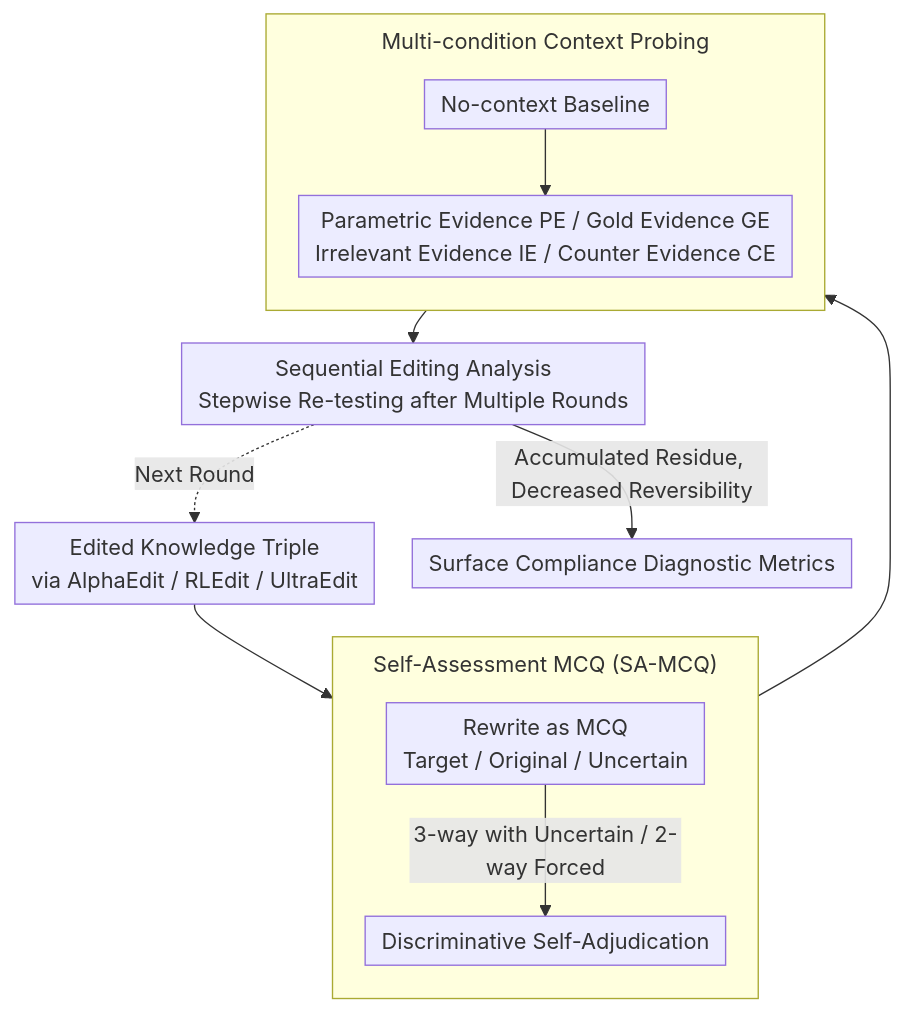
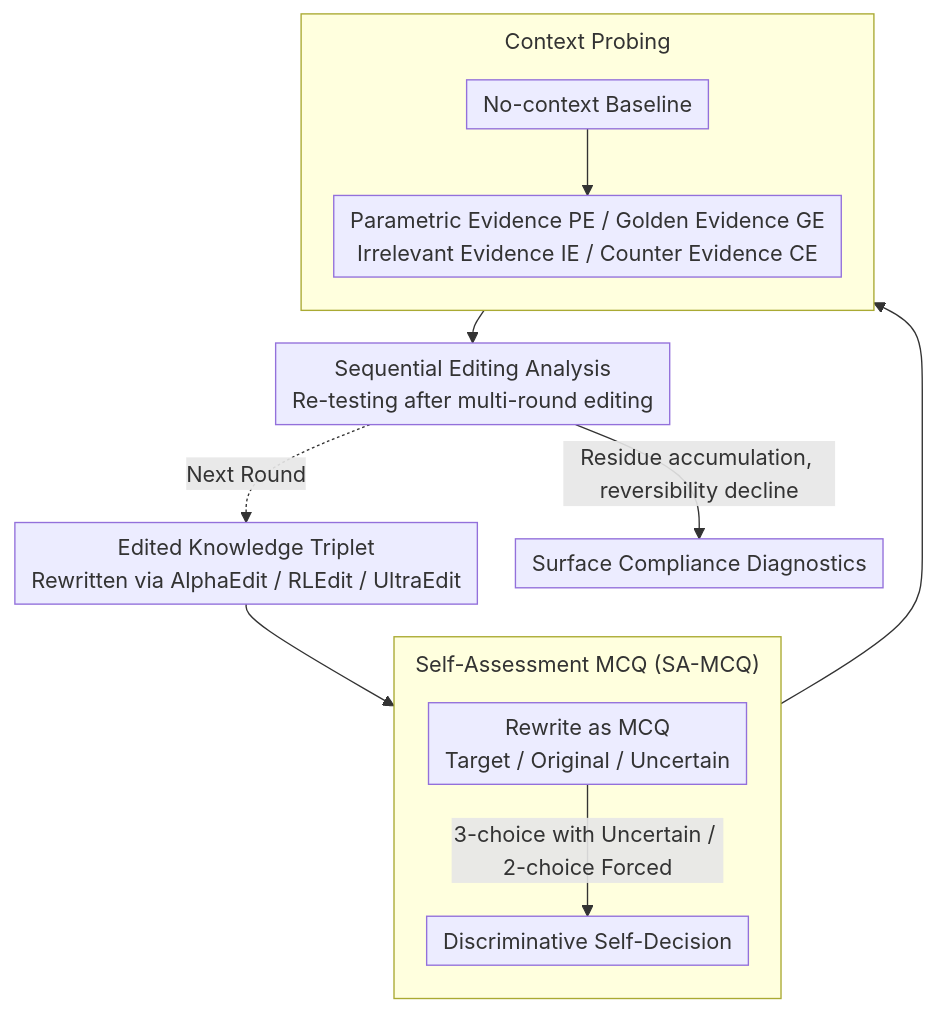
Before and after one commit to zhaoyang97/Paper-Notes-en: the diagram in docs/ACL2026/knowledge_editing/the_model_agreed_but_didn39t_learn_diagnosing_surface_compliance_in_large_langua.md, drawn with Mermaid. The commit also changed other lines of this file and 5084 other files, not shown here.

````diff
--- a/docs/ACL2026/knowledge_editing/the_model_agreed_but_didn39t_learn_diagnosing_surface_compliance_in_large_langua.md
+++ b/docs/ACL2026/knowledge_editing/the_model_agreed_but_didn39t_learn_diagnosing_surface_compliance_in_large_langua.md
@@ -44,17 +44,17 @@
 ```mermaid
 %%{init: {'flowchart': {'rankSpacing': 24, 'nodeSpacing': 28, 'padding': 6, 'wrappingWidth': 400, 'subGraphTitleMargin': {'top': 8, 'bottom': 16}}}}%%
 flowchart TD
-    A["Edited Knowledge Triple<br/>via AlphaEdit / RLEdit / UltraEdit"] --> B
+    A["Edited Knowledge Triplet<br/>Rewritten via AlphaEdit / RLEdit / UltraEdit"] --> B
     subgraph B["Self-Assessment MCQ (SA-MCQ)"]
         direction TB
-        B1["Rewrite as MCQ<br/>Target / Original / Uncertain"] -->|3-way with Uncertain / 2-way Forced| B2["Discriminative Self-Adjudication"]
+        B1["Rewrite as MCQ<br/>Target / Original / Uncertain"] -->|3-choice with Uncertain / 2-choice Forced| B2["Discriminative Self-Decision"]
     end
     B --> C
-    subgraph C["Multi-condition Context Probing"]
+    subgraph C["Context Probing"]
         direction TB
-        C1["No-context Baseline"] --> C2["Parametric Evidence PE / Gold Evidence GE<br/>Irrelevant Evidence IE / Counter Evidence CE"]
+        C1["No-context Baseline"] --> C2["Parametric Evidence PE / Golden Evidence GE<br/>Irrelevant Evidence IE / Counter Evidence CE"]
     end
-    C --> D["Sequential Editing Analysis<br/>Stepwise Re-testing after Multiple Rounds"]
-    D -->|Accumulated Residue, Decreased Reversibility| E["Surface Compliance Diagnostic Metrics"]
+    C --> D["Sequential Editing Analysis<br/>Re-testing after multi-round editing"]
+    D -->|Residue accumulation, reversibility decline| E["Surface Compliance Diagnostics"]
     D -.Next Round.-> A
 ```
````
